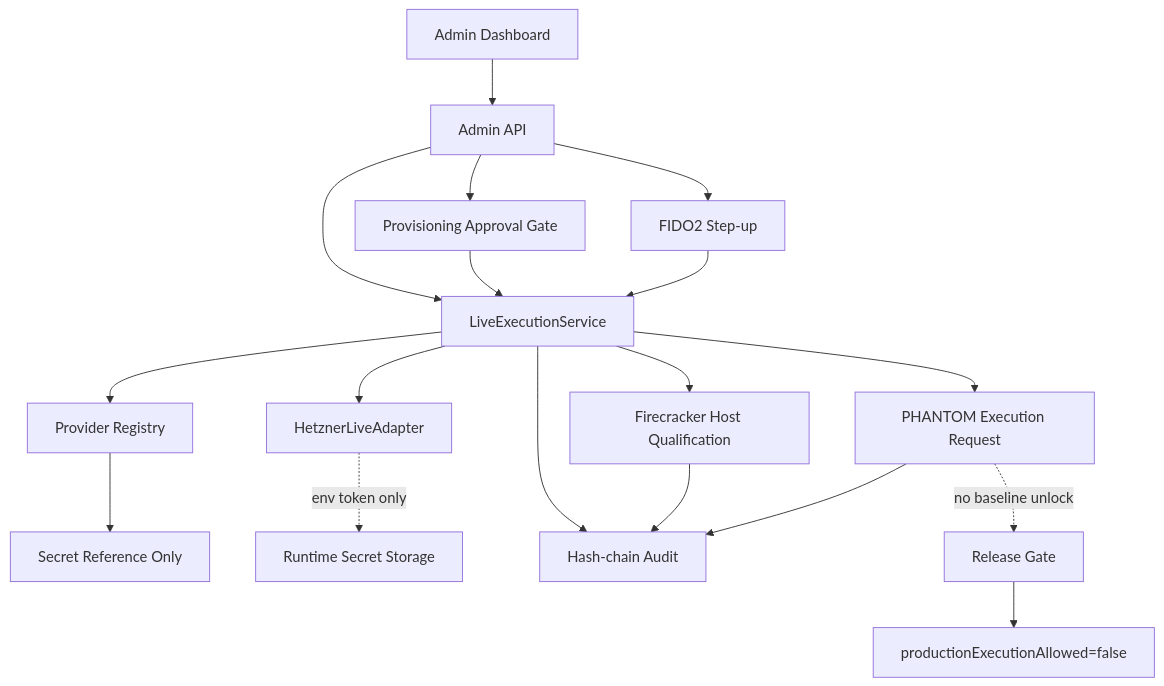
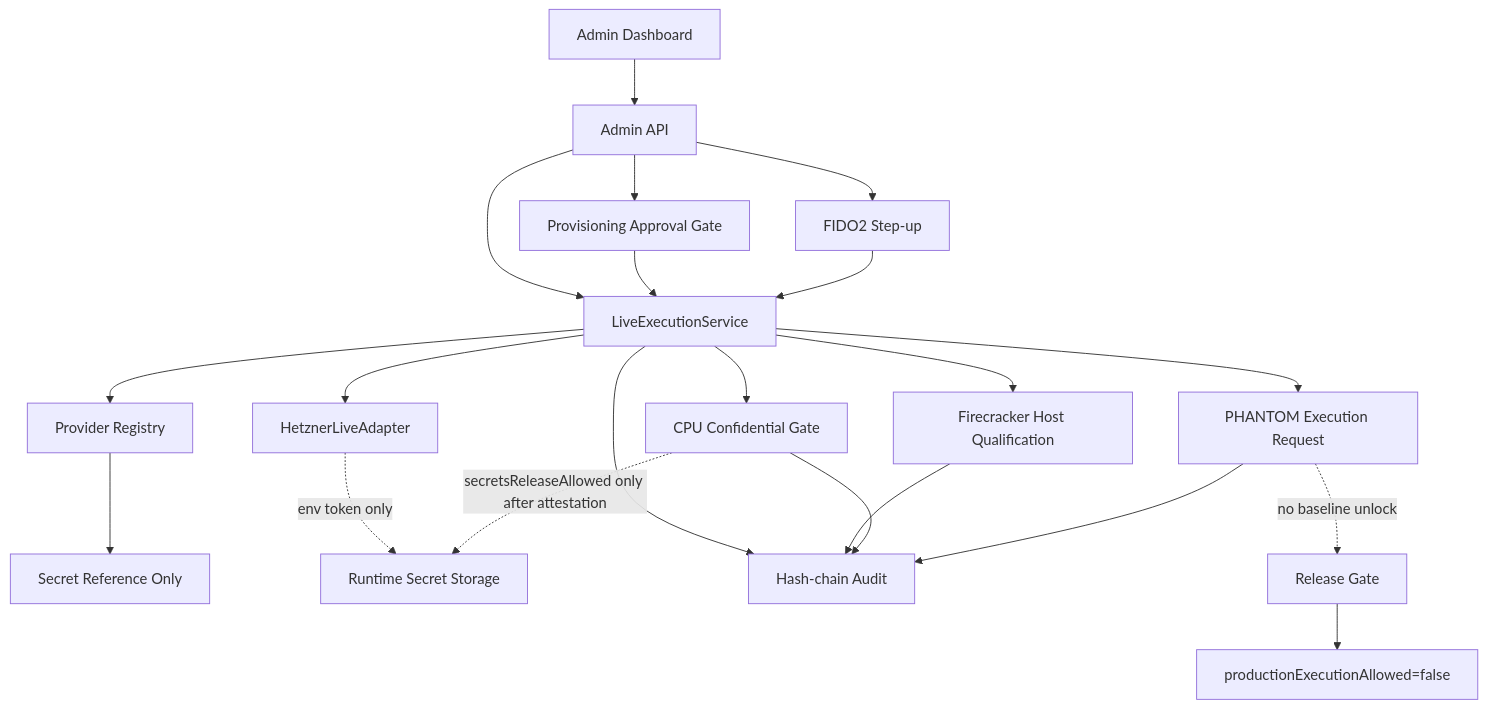
One commit to officemexel-hash/sylion_secure changed the first of 3 diagrams in docs/admin-panel-v2/56-step3-12-implementation-freeze-live-execution-gates.md. Above: the diagram before and after it, drawn with Mermaid. The commit also changed other lines of this file and 26 other files, not shown here.

Commit message:
Add CPU confidential computing host gate

````diff
--- a/docs/admin-panel-v2/56-step3-12-implementation-freeze-live-execution-gates.md
+++ b/docs/admin-panel-v2/56-step3-12-implementation-freeze-live-execution-gates.md
@@ -86,20 +94,23 @@
 ```mermaid
 flowchart TD
     Admin["Admin Dashboard"] --> API["Admin API"]
     API --> Auth["FIDO2 Step-up"]
     API --> Approval["Provisioning Approval Gate"]
     API --> Live["LiveExecutionService"]
     Live --> Provider["Provider Registry"]
     Live --> Hetzner["HetznerLiveAdapter"]
     Live --> Firecracker["Firecracker Host Qualification"]
+    Live --> CPU["CPU Confidential Gate"]
     Live --> PhantomReq["PHANTOM Execution Request"]
     Provider --> SecretRef["Secret Reference Only"]
     Hetzner -. "env token only" .-> RuntimeSecret["Runtime Secret Storage"]
     Approval --> Live
     Auth --> Live
     Live --> Audit["Hash-chain Audit"]
     Firecracker --> Audit
+    CPU --> Audit
+    CPU -. "secretsReleaseAllowed only after attestation" .-> RuntimeSecret
     PhantomReq --> Audit
     PhantomReq -. "no baseline unlock" .-> Release["Release Gate"]
     Release --> ProdDecision["productionExecutionAllowed=false"]
 ```
````
